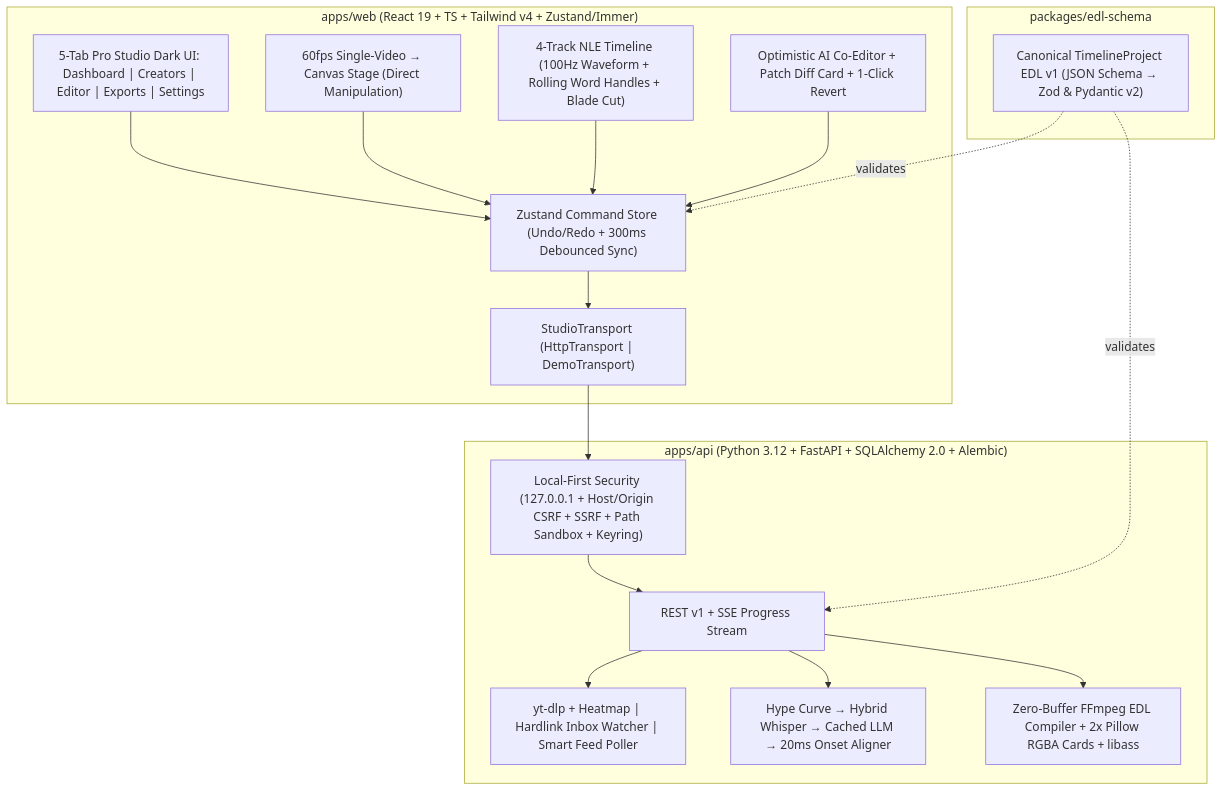
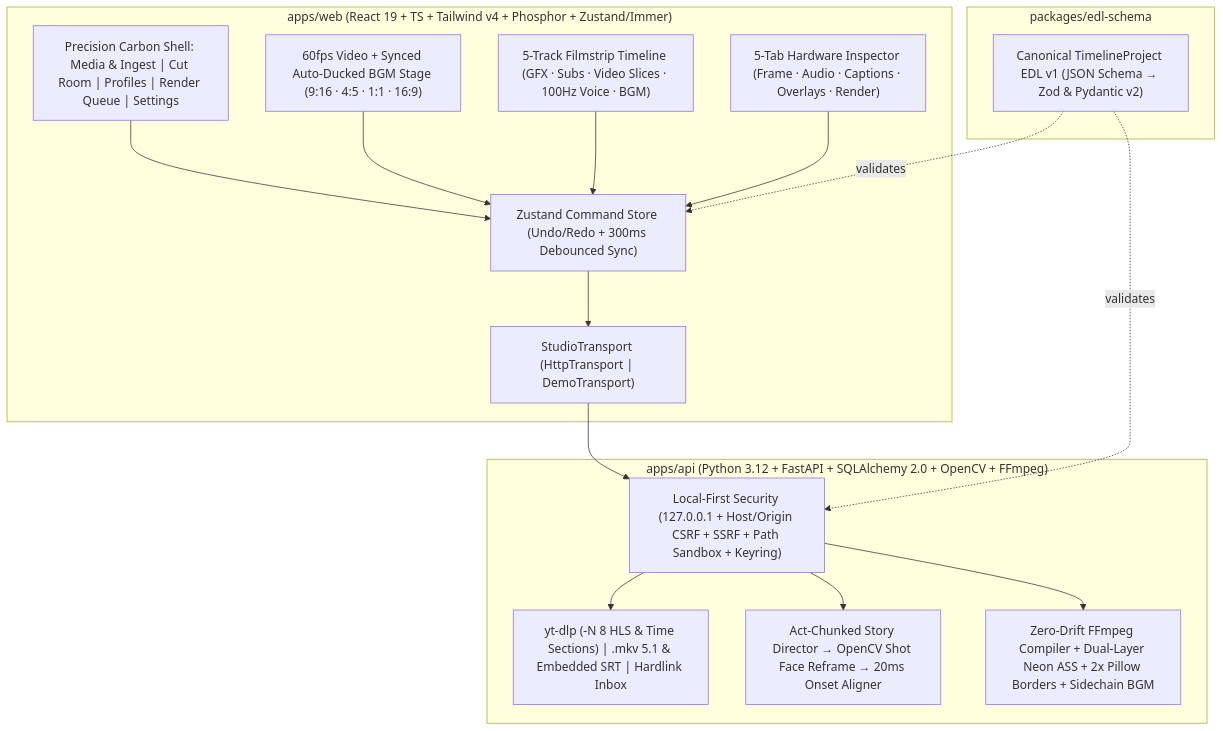
The diagram in README.md (snoopyhallow/cutflow), drawn with Mermaid before and after one commit. The commit also changed other lines of this file and 61 other files, not shown here.

Commit message:
feat: CutFlow v0.3 — zero-touch Cinema/Gaming engine, Twitch long-VOD ingest, auto-ducked BGM, and Precision Carbon Studio UI

````diff
--- a/README.md
+++ b/README.md
@@ -26,36 +63,34 @@
 ```mermaid
 flowchart TB
-    subgraph Web["apps/web (React 19 + TS + Tailwind v4 + Zustand/Immer)"]
-        UI["5-Tab Pro Studio Dark UI: Dashboard | Creators | Editor | Exports | Settings"]
-        Stage["60fps Single-Video → Canvas Stage (Direct Manipulation)"]
-        TL["4-Track NLE Timeline (100Hz Waveform + Rolling Word Handles + Blade Cut)"]
-        Agent["Optimistic AI Co-Editor + Patch Diff Card + 1-Click Revert"]
+    subgraph Web["apps/web (React 19 + TS + Tailwind v4 + Phosphor + Zustand/Immer)"]
+        UI["Precision Carbon Shell: Media & Ingest | Cut Room | Profiles | Render Queue | Settings"]
+        Stage["60fps Video + Synced Auto-Ducked BGM Stage (9:16 · 4:5 · 1:1 · 16:9)"]
+        TL["5-Track Filmstrip Timeline (GFX · Subs · Video Slices · 100Hz Voice · BGM)"]
+        Insp["5-Tab Hardware Inspector (Frame · Audio · Captions · Overlays · Render)"]
         Store["Zustand Command Store (Undo/Redo + 300ms Debounced Sync)"]
         Trans["StudioTransport (HttpTransport | DemoTransport)"]
     end
 
     subgraph Schema["packages/edl-schema"]
         EDL["Canonical TimelineProject EDL v1 (JSON Schema → Zod & Pydantic v2)"]
     end
 
-    subgraph API["apps/api (Python 3.12 + FastAPI + SQLAlchemy 2.0 + Alembic)"]
+    subgraph API["apps/api (Python 3.12 + FastAPI + SQLAlchemy 2.0 + OpenCV + FFmpeg)"]
         Sec["Local-First Security (127.0.0.1 + Host/Origin CSRF + SSRF + Path Sandbox + Keyring)"]
-        Routes["REST v1 + SSE Progress Stream"]
-        Ingest["yt-dlp + Heatmap | Hardlink Inbox Watcher | Smart Feed Poller"]
-        Pipe["Hype Curve → Hybrid Whisper → Cached LLM → 20ms Onset Aligner"]
-        Render["Zero-Buffer FFmpeg EDL Compiler + 2x Pillow RGBA Cards + libass"]
+        Ingest["yt-dlp (-N 8 HLS & Time Sections) | .mkv 5.1 & Embedded SRT | Hardlink Inbox"]
+        Pipe["Act-Chunked Story Director → OpenCV Shot Face Reframe → 20ms Onset Aligner"]
+        Render["Zero-Drift FFmpeg Compiler + Dual-Layer Neon ASS + 2x Pillow Borders + Sidechain BGM"]
     end
 
     UI --> Store
     Stage --> Store
     TL --> Store
-    Agent --> Store
+    Insp --> Store
     Store --> Trans
     Trans --> Sec
-    Sec --> Routes
+    Sec --> Ingest
+    Sec --> Pipe
+    Sec --> Render
     EDL -. validates .-> Store
-    EDL -. validates .-> Routes
-    Routes --> Ingest
-    Routes --> Pipe
-    Routes --> Render
+    EDL -. validates .-> Sec
 ```
````
